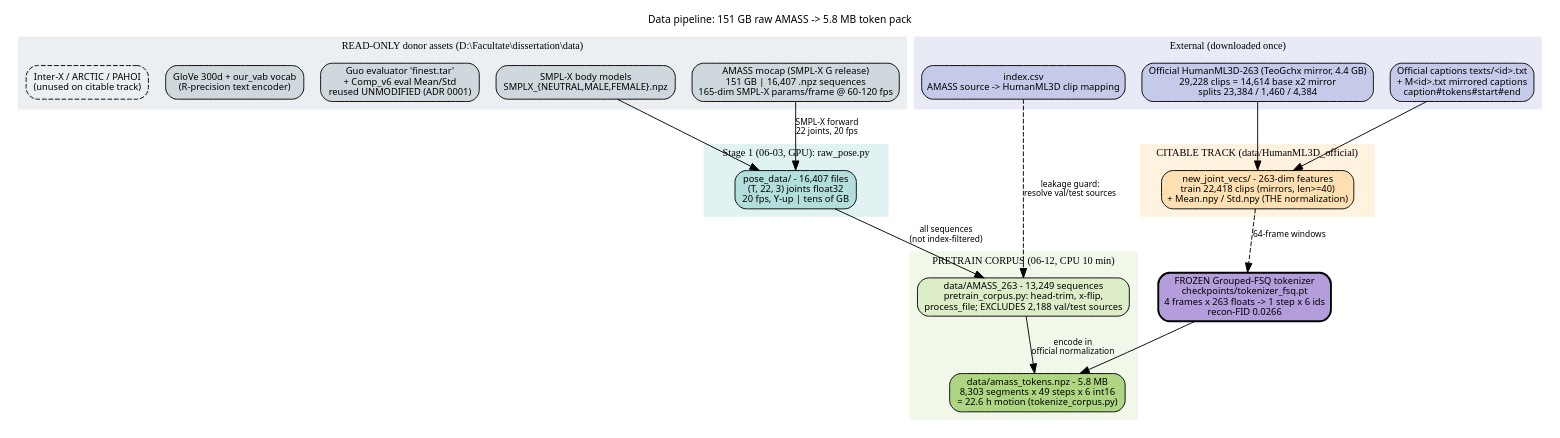
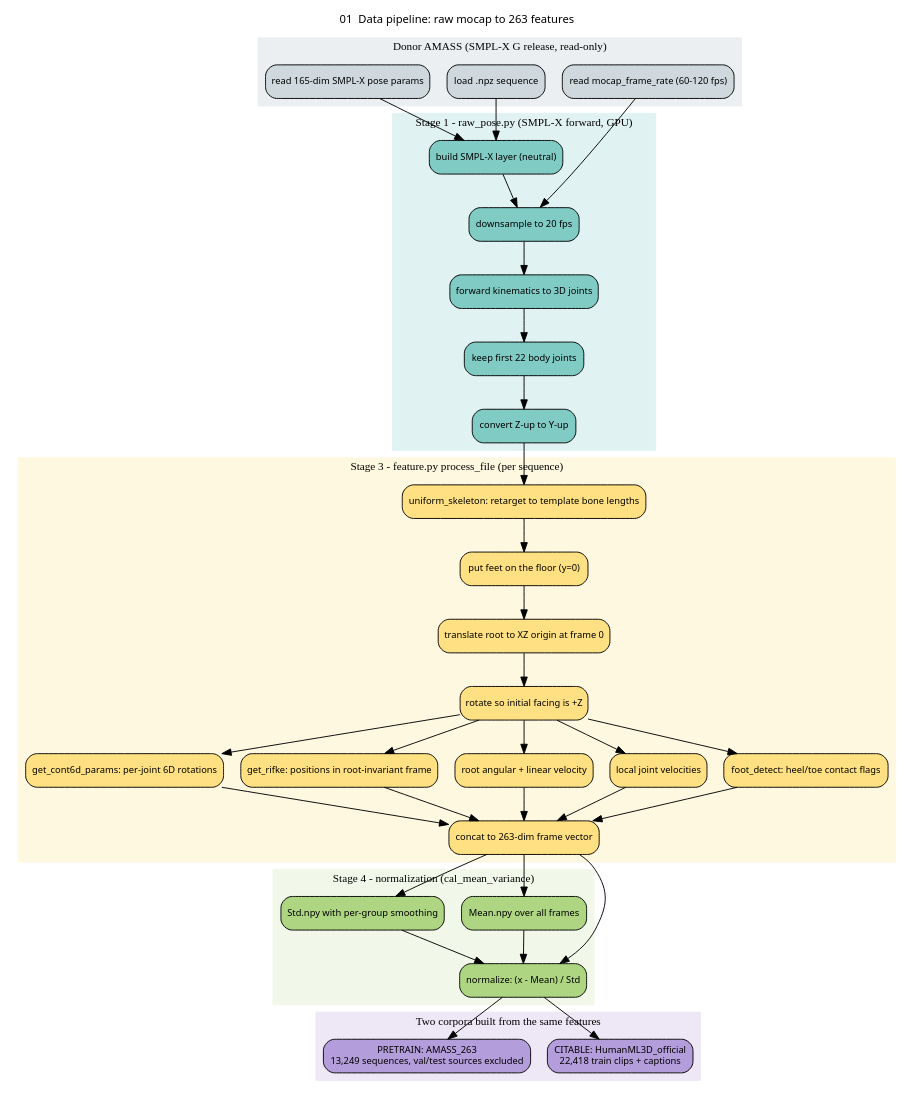
Before and after one commit to CatalinButacu/GenAI-Text2Motion: the diagram in paper/diagrams/data-pipeline.dot, drawn with Graphviz. The commit also changed 12 other files, not shown here.

First line of the commit message:
docs(paper): granular DOT diagram set (7 maps, talk-level detail)

```diff
--- a/paper/diagrams/data-pipeline.dot
+++ b/paper/diagrams/data-pipeline.dot
@@ -1,63 +1,66 @@
-// Data pipeline - every input we own and every derived artifact (sizes/counts as of 2026-06-12)
+// 01 - DATA PIPELINE (granular). One node = one transform. Color = which stage it belongs to.
 // Preview: Ctrl+Shift+P -> "Graphviz Interactive Preview: Preview Graphviz / Dot (beside)"
 digraph data_pipeline {
     rankdir=TB;
-    graph [fontname="Segoe UI", fontsize=11, labelloc="t",
-           label="Data pipeline: 151 GB raw AMASS -> 5.8 MB token pack"];
+    graph [fontname="Segoe UI", fontsize=12, labelloc="t", label="01  Data pipeline: raw mocap to 263 features"];
     node  [shape=box, style="rounded,filled", fontname="Segoe UI", fontsize=10];
     edge  [fontname="Segoe UI", fontsize=9];
 
-    subgraph cluster_donor {
-        label="READ-ONLY donor assets (D:\\Facultate\\dissertation\\data)";
-        style=filled; color="#eceff1"; fontname="Segoe UI Semibold";
-        node [fillcolor="#cfd8dc"];
-        amass  [label="AMASS mocap (SMPL-X G release)\n151 GB | 16,407 .npz sequences\n165-dim SMPL-X params/frame @ 60-120 fps"];
-        smplx  [label="SMPL-X body models\nSMPLX_{NEUTRAL,MALE,FEMALE}.npz"];
-        t2m    [label="Guo evaluator 'finest.tar'\n+ Comp_v6 eval Mean/Std\nreused UNMODIFIED (ADR 0001)"];
-        glove  [label="GloVe 300d + our_vab vocab\n(R-precision text encoder)"];
-        interx [label="Inter-X / ARCTIC / PAHOI\n(unused on citable track)", fillcolor="#eceff1", style="rounded,filled,dashed"];
+    subgraph cluster_raw {
+        label="Donor AMASS (SMPL-X G release, read-only)";
+        style=filled; color="#eceff1"; fontname="Segoe UI Semibold"; node [fillcolor="#cfd8dc"];
+        npz    [label="load .npz sequence"];
+        params [label="read 165-dim SMPL-X pose params"];
+        rate   [label="read mocap_frame_rate (60-120 fps)"];
     }
 
-    subgraph cluster_external {
-        label="External (downloaded once)";
-        style=filled; color="#e8eaf6"; fontname="Segoe UI Semibold";
-        node [fillcolor="#c5cae9"];
-        official [label="Official HumanML3D-263 (TeoGchx mirror, 4.4 GB)\n29,228 clips = 14,614 base x2 mirror\nsplits 23,384 / 1,460 / 4,384"];
-        captions [label="Official captions texts/<id>.txt\n+ M<id>.txt mirrored captions\ncaption#tokens#start#end"];
-        index    [label="index.csv\nAMASS source -> HumanML3D clip mapping"];
+    subgraph cluster_smplx {
+        label="Stage 1 - raw_pose.py (SMPL-X forward, GPU)";
+        style=filled; color="#e0f2f1"; fontname="Segoe UI Semibold"; node [fillcolor="#80cbc4"];
+        layer   [label="build SMPL-X layer (neutral)"];
+        downfps [label="downsample to 20 fps"];
+        forward [label="forward kinematics to 3D joints"];
+        keep22  [label="keep first 22 body joints"];
+        zup     [label="convert Z-up to Y-up"];
+        layer -> downfps -> forward -> keep22 -> zup;
     }
 
-    subgraph cluster_stage1 {
-        label="Stage 1 (06-03, GPU): raw_pose.py";
-        style=filled; color="#e0f2f1"; fontname="Segoe UI Semibold";
-        node [fillcolor="#b2dfdb"];
-        pose [label="pose_data/ - 16,407 files\n(T, 22, 3) joints float32\n20 fps, Y-up | tens of GB"];
+    subgraph cluster_canon {
+        label="Stage 3 - feature.py process_file (per sequence)";
+        style=filled; color="#fff8e1"; fontname="Segoe UI Semibold"; node [fillcolor="#ffe082"];
+        uskel  [label="uniform_skeleton: retarget to template bone lengths"];
+        floor  [label="put feet on the floor (y=0)"];
+        origin [label="translate root to XZ origin at frame 0"];
+        face   [label="rotate so initial facing is +Z"];
+        cont6d [label="get_cont6d_params: per-joint 6D rotations"];
+        rifke  [label="get_rifke: positions in root-invariant frame"];
+        rootvel[label="root angular + linear velocity"];
+        localv [label="local joint velocities"];
+        foot   [label="foot_detect: heel/toe contact flags"];
+        concat [label="concat to 263-dim frame vector"];
+        uskel -> floor -> origin -> face;
+        face -> cont6d; face -> rifke; face -> rootvel; face -> localv; face -> foot;
+        cont6d -> concat; rifke -> concat; rootvel -> concat; localv -> concat; foot -> concat;
     }
 
-    subgraph cluster_citable {
-        label="CITABLE TRACK (data/HumanML3D_official)";
-        style=filled; color="#fff3e0"; fontname="Segoe UI Semibold";
-        node [fillcolor="#ffe0b2"];
-        vecs [label="new_joint_vecs/ - 263-dim features\ntrain 22,418 clips (mirrors, len>=40)\n+ Mean.npy / Std.npy (THE normalization)"];
+    subgraph cluster_norm {
+        label="Stage 4 - normalization (cal_mean_variance)";
+        style=filled; color="#f1f8e9"; fontname="Segoe UI Semibold"; node [fillcolor="#aed581"];
+        mean   [label="Mean.npy over all frames"];
+        std    [label="Std.npy with per-group smoothing"];
+        znorm  [label="normalize: (x - Mean) / Std"];
+        mean -> znorm; std -> znorm;
     }
 
-    subgraph cluster_pretrain {
-        label="PRETRAIN CORPUS (06-12, CPU 10 min)";
-        style=filled; color="#f1f8e9"; fontname="Segoe UI Semibold";
-        node [fillcolor="#dcedc8"];
-        corpus [label="data/AMASS_263 - 13,249 sequences\npretrain_corpus.py: head-trim, x-flip,\nprocess_file; EXCLUDES 2,188 val/test sources"];
-        pack   [label="data/amass_tokens.npz - 5.8 MB\n8,303 segments x 49 steps x 6 int16\n= 22.6 h motion (tokenize_corpus.py)", fillcolor="#aed581"];
+    subgraph cluster_two {
+        label="Two corpora built from the same features";
+        style=filled; color="#ede7f6"; fontname="Segoe UI Semibold"; node [fillcolor="#b39ddb"];
+        citable [label="CITABLE: HumanML3D_official\n22,418 train clips + captions"];
+        corpus  [label="PRETRAIN: AMASS_263\n13,249 sequences, val/test sources excluded"];
     }
 
-    tokenizer [label="FROZEN Grouped-FSQ tokenizer\ncheckpoints/tokenizer_fsq.pt\n4 frames x 263 floats -> 1 step x 6 ids\nrecon-FID 0.0266", fillcolor="#b39ddb", shape=box, style="rounded,filled,bold"];
-
-    amass    -> pose    [label="SMPL-X forward\n22 joints, 20 fps"];
-    smplx    -> pose;
-    official -> vecs;
-    captions -> vecs;
-    pose     -> corpus  [label="all sequences\n(not index-filtered)"];
-    index    -> corpus  [label="leakage guard:\nresolve val/test sources", style=dashed];
-    corpus   -> pack    [label="encode in\nofficial normalization"];
-    tokenizer -> pack;
-    vecs     -> tokenizer [label="64-frame windows", style=dashed];
+    npz -> layer; params -> layer; rate -> downfps;
+    zup -> uskel;
+    concat -> mean; concat -> std; concat -> znorm;
+    znorm -> citable; znorm -> corpus;
 }
```
